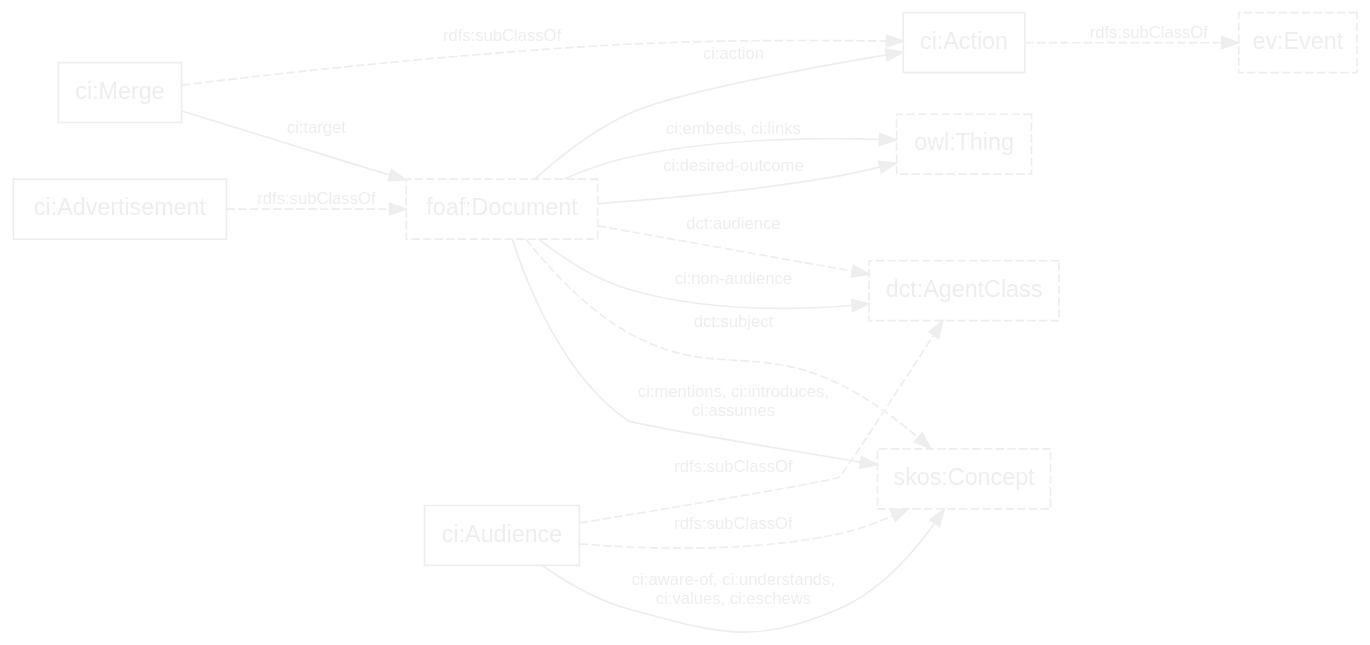
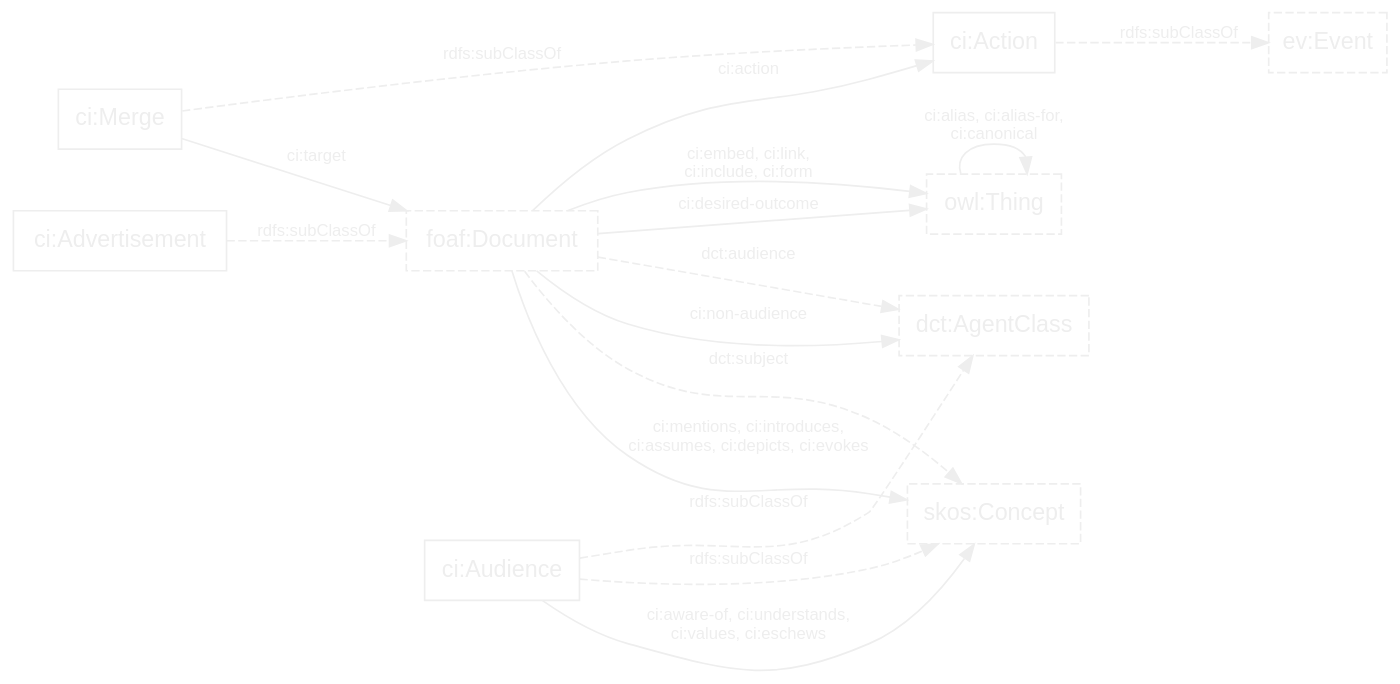
One commit to doriantaylor/owl-content-inventory changed the diagram in example.dot. Above: the diagram before and after it, drawn with Graphviz. The commit also changed 1 other file, not shown here.

```diff
--- a/example.dot
+++ b/example.dot
@@ -1,39 +1,40 @@
 digraph {
     graph [bgcolor=transparent,rankdir=LR];
     node [shape=box,color="#eeeeee",fontcolor="#eeeeee",fontname="Lucida Grande, Lucida Sans Unicode, sans-serif",target="_top"];
     edge [fontsize=10,concentrate=true,color="#eeeeee",fontcolor="#eeeeee",fontname="Lucida Grande, Lucida Sans Unicode, sans-serif"];
     subgraph {
         node [style=dashed];
         owl_Thing [label="owl:Thing",href="https://www.w3.org/TR/2012/REC-owl2-syntax-20121211/#a_Thing"];
         ev_Event [label="ev:Event",href="http://motools.sourceforge.net/event/event.html#term_Event"];
         dct_AgentClass [label="dct:AgentClass",href="http://www.dublincore.org/specifications/dublin-core/dcmi-terms/#terms-AgentClass"];
         skos_Concept [label="skos:Concept",href="https://www.w3.org/TR/skos-reference/#concepts"];
         foaf_Document [label="foaf:Document",href="http://xmlns.com/foaf/spec/#term_Document"];
     }
 
     ci_Action [label="ci:Action",href="https://privatealpha.com/ontology/content-inventory/1#Action"];
     ci_Advertisement [label="ci:Advertisement",href="https://privatealpha.com/ontology/content-inventory/1#Advertisement"];
     ci_Audience [label="ci:Audience",href="https://privatealpha.com/ontology/content-inventory/1#Audience"];
     ci_Merge [label="ci:Merge",href="https://privatealpha.com/ontology/content-inventory/1#Merge"];
     ci_Merge -> foaf_Document [label="ci:target"];
     foaf_Document -> ci_Action [label="ci:action"];
 
-    foaf_Document -> skos_Concept [label="ci:mentions, ci:introduces,\nci:assumes"];
+    foaf_Document -> skos_Concept [label="ci:mentions, ci:introduces,\nci:assumes, ci:depicts, ci:evokes"];
     ci_Audience -> skos_Concept [label="ci:aware-of, ci:understands,\nci:values, ci:eschews"];
     foaf_Document -> dct_AgentClass [label="ci:non-audience"];
     foaf_Document -> owl_Thing [label="ci:desired-outcome"];
-    foaf_Document -> owl_Thing [label="ci:embeds, ci:links"];
+    foaf_Document -> owl_Thing [label="ci:embed, ci:link,\nci:include, ci:form"];
+    owl_Thing -> owl_Thing [label="ci:alias, ci:alias-for,\nci:canonical"]
     
     subgraph {
         edge [style=dashed, label="rdfs:subClassOf"];
         ci_Merge -> ci_Action -> ev_Event;
         ci_Audience -> dct_AgentClass;
         ci_Audience -> skos_Concept;
         ci_Advertisement -> foaf_Document;
     }
     subgraph {
         edge [style=dashed];
         foaf_Document -> skos_Concept [label="dct:subject"];
         foaf_Document -> dct_AgentClass [label="dct:audience"];
     }
 }
```
